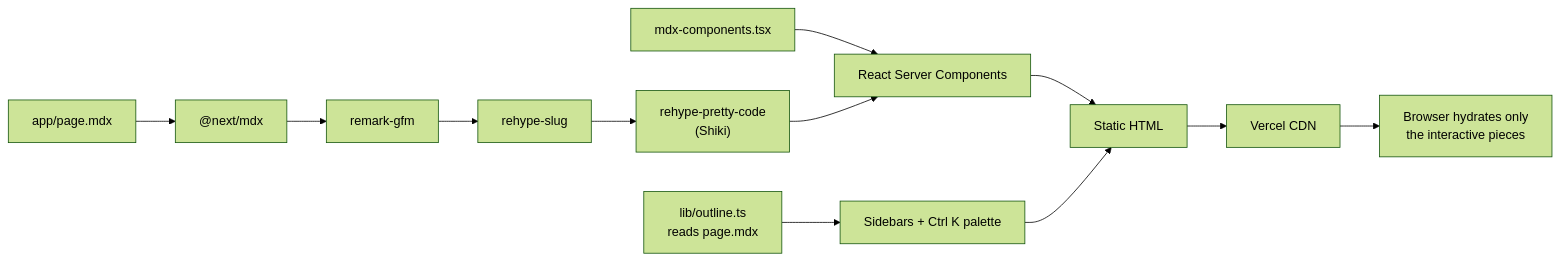
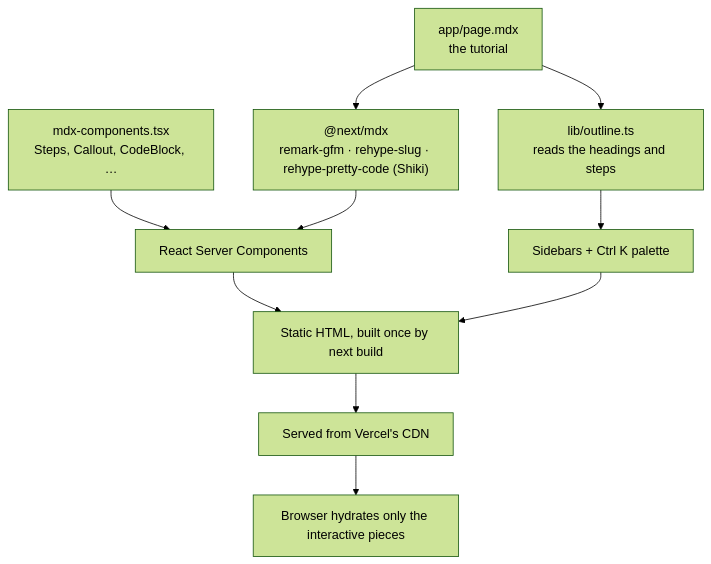
One commit to Ayush1075/keploy-go-quickstart-tutorial changed the second of 2 diagrams in README.md. Above: the diagram before and after it, drawn with Mermaid (forest theme). The commit also changed other lines of this file and 2 other files, not shown here.

Commit message:
Make the README diagrams read top to bottom; drop unused previews

````diff
--- a/README.md
+++ b/README.md
@@ -151,11 +153,13 @@
 ```mermaid
-flowchart LR
-  MDX["app/page.mdx"] --> NMDX["@next/mdx"]
-  NMDX --> GFM["remark-gfm"] --> SLUG["rehype-slug"] --> SHIKI["rehype-pretty-code<br/>(Shiki)"]
-  MAP["mdx-components.tsx"] --> RSC
-  SHIKI --> RSC["React Server Components"]
-  OUT["lib/outline.ts<br/>reads page.mdx"] --> NAV["Sidebars + Ctrl K palette"]
-  RSC --> HTML["Static HTML"]
+flowchart TB
+  MDX["app/page.mdx<br/>the tutorial"]
+  MDX --> PIPE["@next/mdx<br/>remark-gfm · rehype-slug · rehype-pretty-code (Shiki)"]
+  MDX --> OUT["lib/outline.ts<br/>reads the headings and steps"]
+  MAP["mdx-components.tsx<br/>Steps, Callout, CodeBlock, …"] --> RSC
+  PIPE --> RSC["React Server Components"]
+  OUT --> NAV["Sidebars + Ctrl K palette"]
+  RSC --> HTML["Static HTML, built once by next build"]
   NAV --> HTML
-  HTML --> CDN["Vercel CDN"] --> BROWSER["Browser hydrates only<br/>the interactive pieces"]
+  HTML --> CDN["Served from Vercel's CDN"]
+  CDN --> BROWSER["Browser hydrates only the interactive pieces"]
 ```
````
